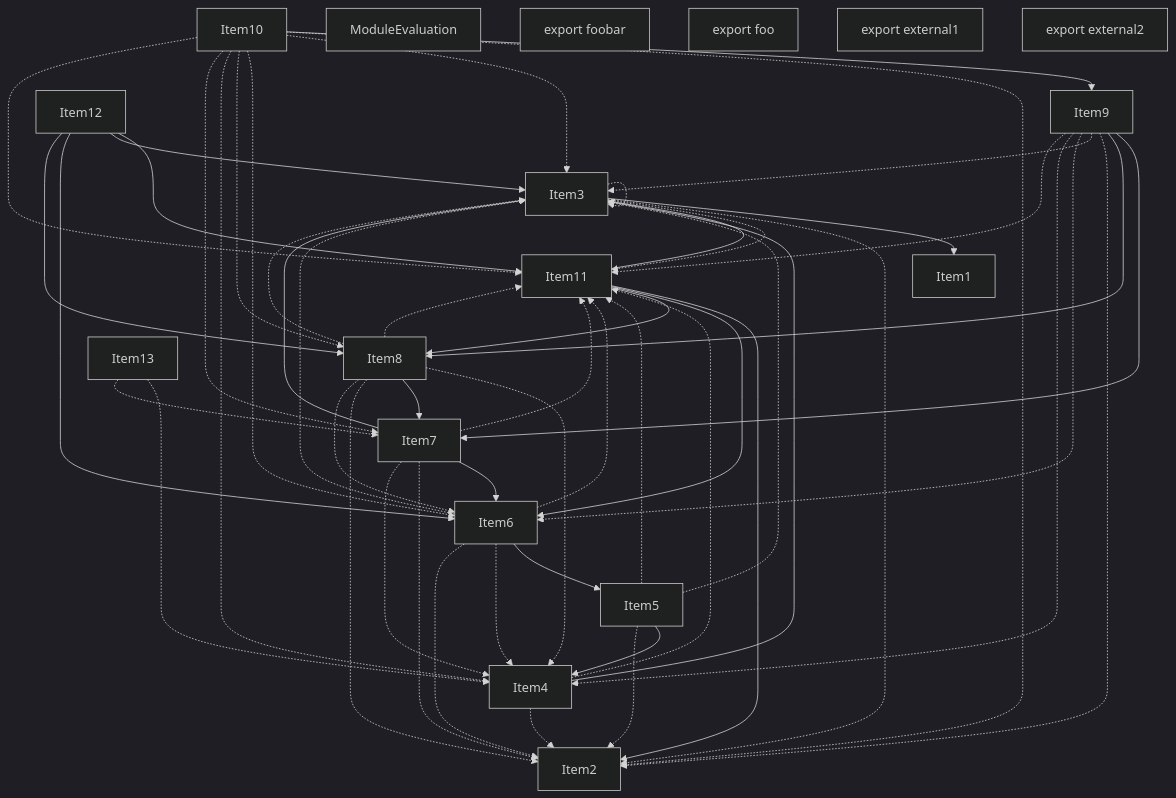
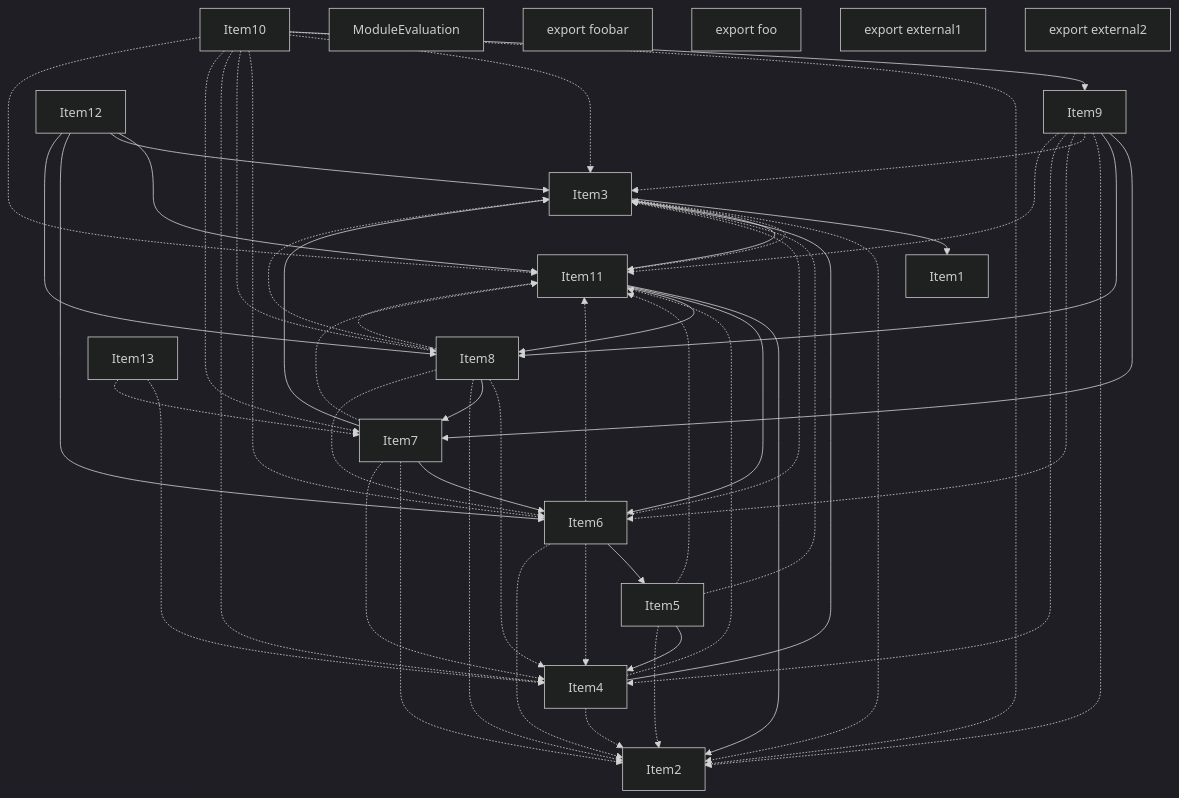
The third of 4 diagrams in crates/turbopack-ecmascript/tests/tree-shaker/analyzer/1/output.md (vercel/turborepo), drawn with Mermaid (dark theme) before and after one commit. The commit also changed other lines of this file and 2 other files, not shown here.

````diff
--- a/crates/turbopack-ecmascript/tests/tree-shaker/analyzer/1/output.md
+++ b/crates/turbopack-ecmascript/tests/tree-shaker/analyzer/1/output.md
@@ -240,78 +239,77 @@
 ```mermaid
 graph TD
     Item1;
     Item2;
     Item3;
     Item4;
     Item5;
     Item6;
     Item7;
     Item8;
     Item9;
     Item10;
     Item11;
     Item12;
     Item13;
     Item14;
     Item14["ModuleEvaluation"];
     Item15;
     Item15["export foobar"];
     Item16;
     Item16["export foo"];
     Item17;
     Item17["export external1"];
     Item18;
     Item18["export external2"];
     Item3 --> Item1;
     Item3 -.-> Item2;
-    Item3 -.-> Item3;
     Item3 -.-> Item11;
     Item4 --> Item3;
     Item4 -.-> Item2;
     Item4 -.-> Item11;
     Item5 --> Item4;
     Item5 -.-> Item2;
     Item5 -.-> Item3;
     Item5 -.-> Item11;
     Item6 --> Item5;
     Item6 -.-> Item4;
     Item6 -.-> Item2;
     Item6 -.-> Item3;
     Item6 -.-> Item11;
     Item7 --> Item3;
     Item7 --> Item6;
     Item7 -.-> Item2;
     Item7 -.-> Item4;
     Item7 -.-> Item11;
     Item8 -.-> Item4;
     Item8 --> Item7;
     Item8 -.-> Item2;
     Item8 -.-> Item3;
     Item8 -.-> Item6;
     Item8 -.-> Item11;
     Item9 --> Item7;
     Item9 --> Item8;
     Item9 -.-> Item2;
     Item9 -.-> Item3;
     Item9 -.-> Item6;
     Item9 -.-> Item4;
     Item9 -.-> Item11;
     Item10 --> Item9;
     Item10 -.-> Item2;
     Item10 -.-> Item3;
     Item10 -.-> Item6;
     Item10 -.-> Item8;
     Item10 -.-> Item4;
     Item10 -.-> Item7;
     Item10 -.-> Item11;
     Item11 --> Item2;
     Item11 --> Item3;
     Item11 --> Item6;
     Item11 --> Item8;
     Item12 --> Item11;
     Item12 --> Item3;
     Item12 --> Item6;
     Item12 --> Item8;
     Item13 -.-> Item4;
     Item13 -.-> Item7;
 ```
````
